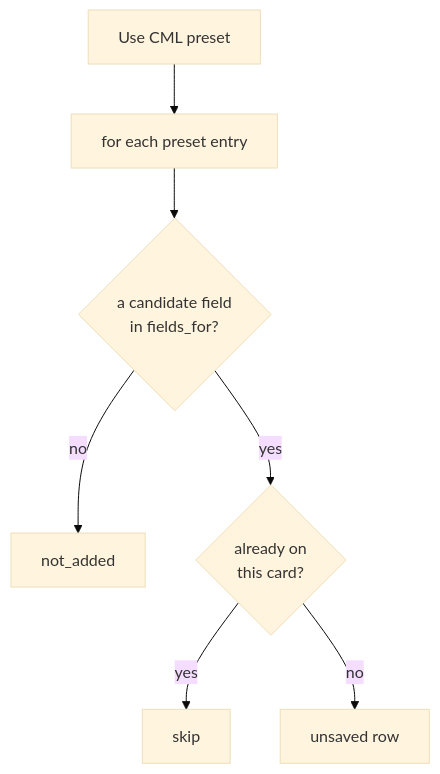
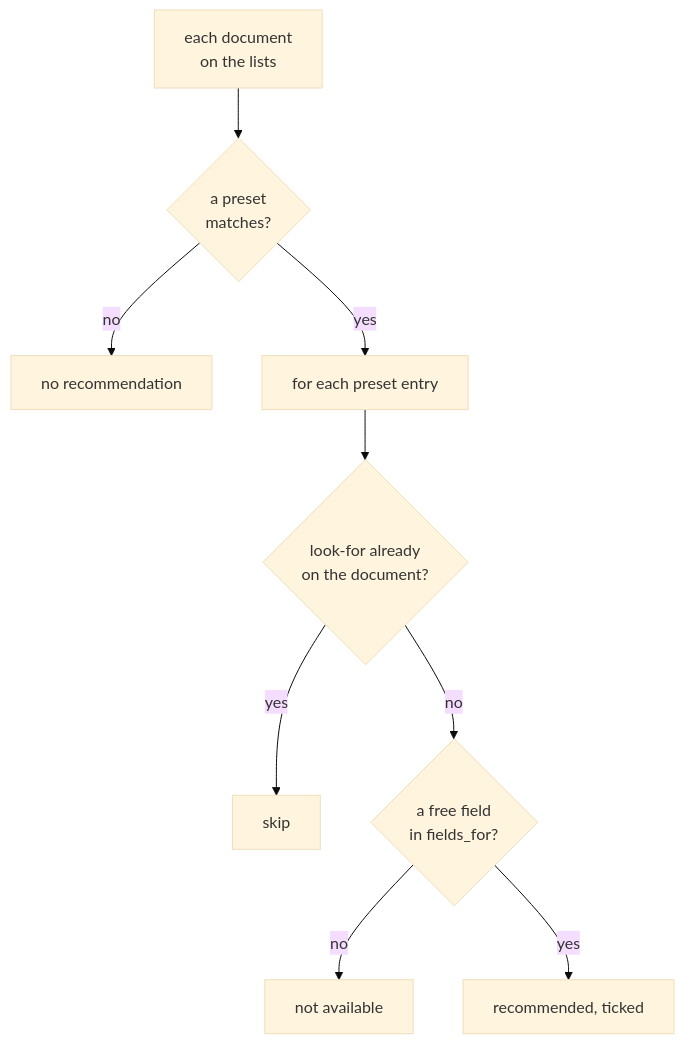
Before and after one commit to sampadadiwan/IRM_CompanyMain: the seventh of 13 diagrams in openspec/changes/document-checks/design.md, drawn with Mermaid (base theme). The commit also changed other lines of this file and 62 other files, not shown here.

````diff
--- a/openspec/changes/document-checks/design.md
+++ b/openspec/changes/document-checks/design.md
@@ -448,9 +452,11 @@
 ```mermaid
 flowchart TD
-    A["Use CML preset"] --> B["for each preset entry"]
-    B --> C{"a candidate field<br/>in fields_for?"}
-    C -- "no" --> N["not_added"]
-    C -- "yes" --> D{"already on<br/>this card?"}
-    D -- "yes" --> S["skip"]
-    D -- "no" --> R["unsaved row"]
+    A["each document<br/>on the lists"] --> P{"a preset<br/>matches?"}
+    P -- "no" --> X["no recommendation"]
+    P -- "yes" --> B["for each preset entry"]
+    B --> L{"look-for already<br/>on the document?"}
+    L -- "yes" --> S["skip"]
+    L -- "no" --> C{"a free field<br/>in fields_for?"}
+    C -- "no" --> N["not available"]
+    C -- "yes" --> R["recommended, ticked"]
 ```
````
